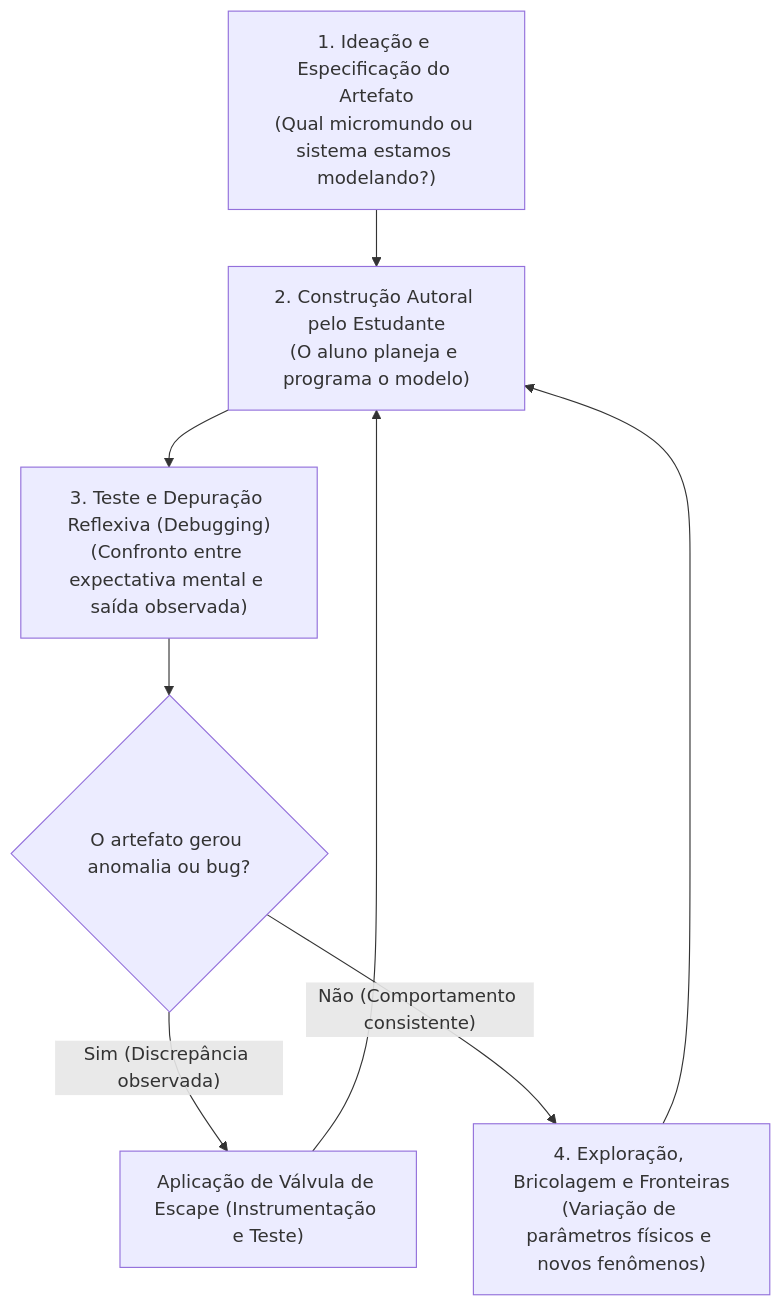
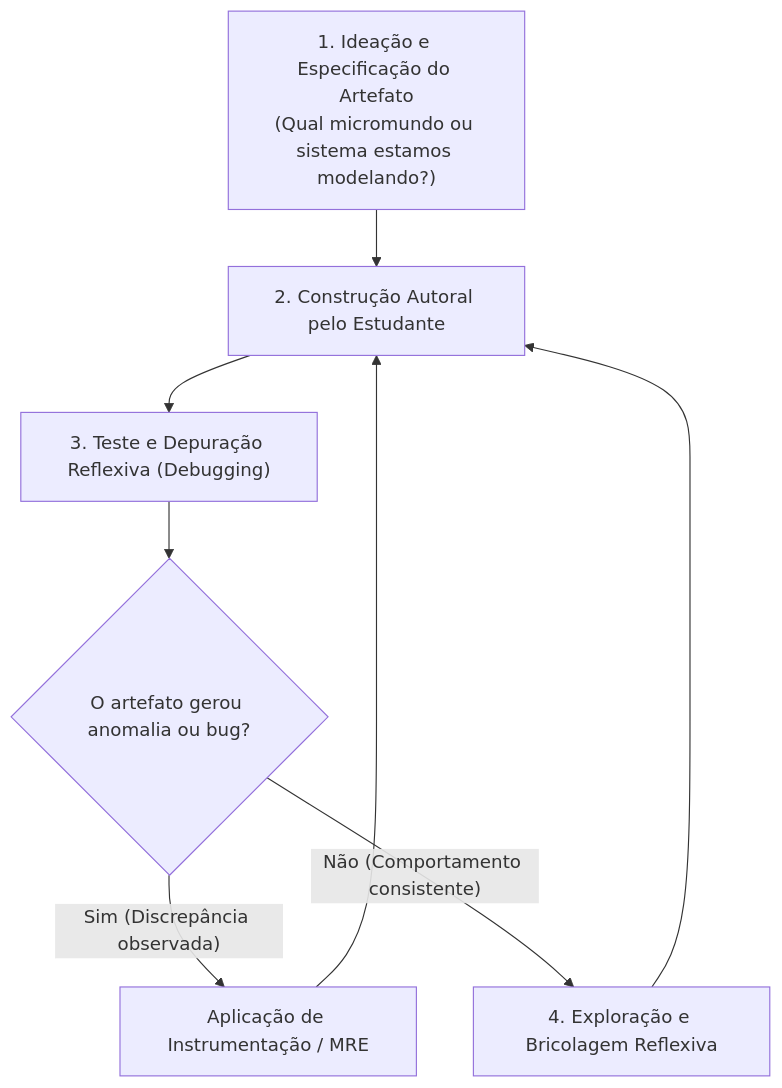
Before and after one commit to andrlupi/multi_ai-tutor: the diagram in skills/tutor-papert/SKILL.md, drawn with Mermaid. The commit also changed other lines of this file and 18 other files, not shown here.

````diff
--- a/skills/tutor-papert/SKILL.md
+++ b/skills/tutor-papert/SKILL.md
@@ -36,10 +39,10 @@
 ```mermaid
 graph TD
-    A["1. Ideação e Especificação do Artefato<br>(Qual micromundo ou sistema estamos modelando?)"] --> B["2. Construção Autoral pelo Estudante<br>(O aluno planeja e programa o modelo)"]
-    B --> C["3. Teste e Depuração Reflexiva (Debugging)<br>(Confronto entre expectativa mental e saída observada)"]
+    A["1. Ideação e Especificação do Artefato<br>(Qual micromundo ou sistema estamos modelando?)"] --> B["2. Construção Autoral pelo Estudante"]
+    B --> C["3. Teste e Depuração Reflexiva (Debugging)"]
     C --> D{"O artefato gerou anomalia ou bug?"}
-    D -- "Sim (Discrepância observada)" --> E["Aplicação de Válvula de Escape (Instrumentação e Teste)"]
+    D -- "Sim (Discrepância observada)" --> E["Aplicação de Instrumentação / MRE"]
     E --> B
-    D -- "Não (Comportamento consistente)" --> F["4. Exploração, Bricolagem e Fronteiras<br>(Variação de parâmetros físicos e novos fenômenos)"]
+    D -- "Não (Comportamento consistente)" --> F["4. Exploração e Bricolagem Reflexiva"]
     F --> B
 ```
````
